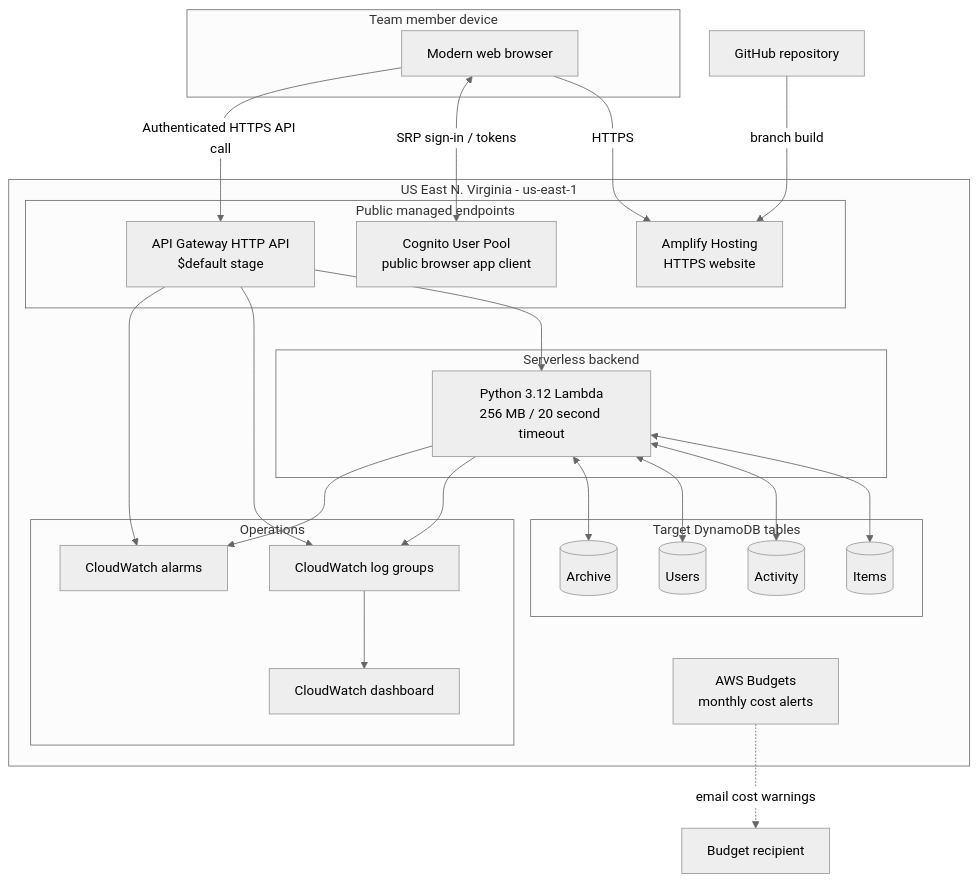
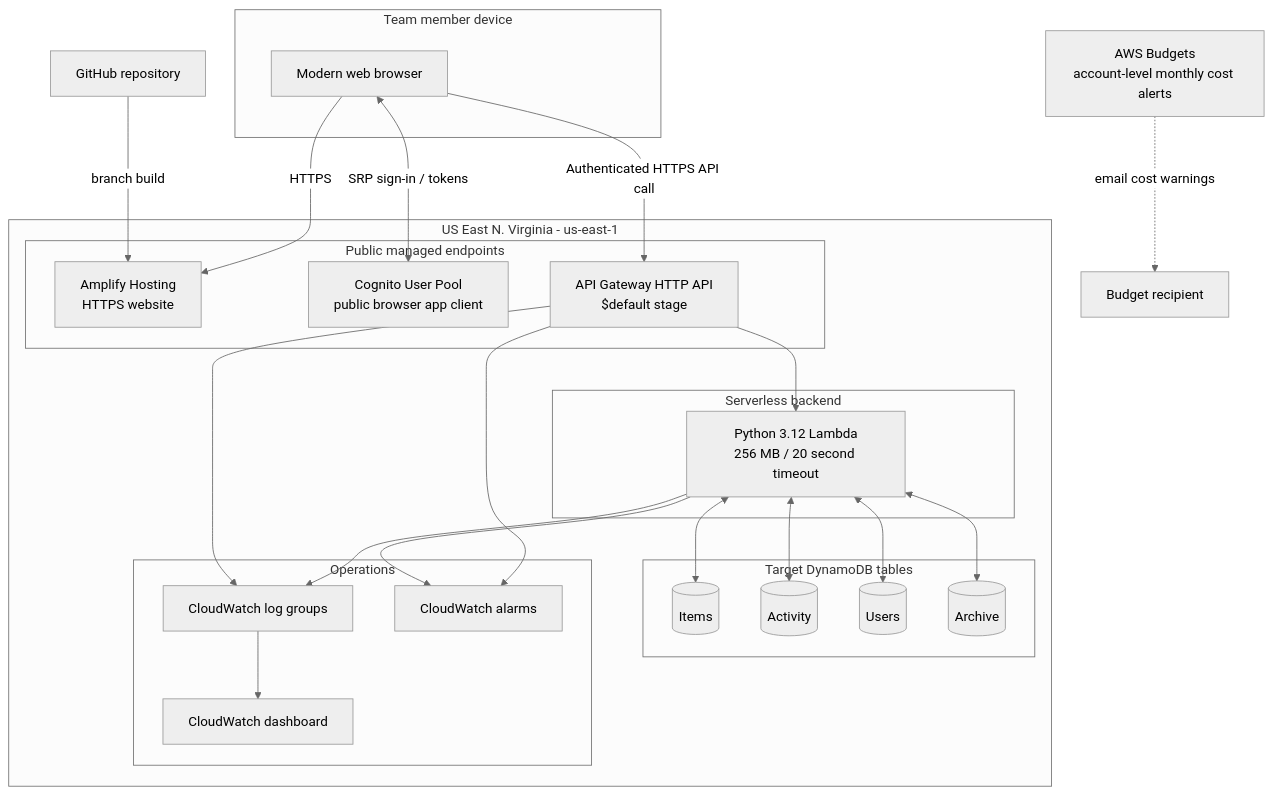
Before and after one commit to retzed/Team_Follow-Up_AWS-Deployment: the third of 13 diagrams in docs/DOCUMENTATION.md, drawn with Mermaid (neutral theme).

Commit message:
Place account-level AWS Budgets outside regional architecture boundary

```diff
--- a/docs/DOCUMENTATION.md
+++ b/docs/DOCUMENTATION.md
@@ -255,46 +255,46 @@
 ~~~mermaid
 flowchart TB
     subgraph UserDevice[Team member device]
         Browser[Modern web browser]
     end
 
     subgraph AWSRegion[US East N. Virginia - us-east-1]
         subgraph PublicEntry[Public managed endpoints]
             Hosting[Amplify Hosting<br/>HTTPS website]
             Pool[Cognito User Pool<br/>public browser app client]
             HttpApi[API Gateway HTTP API<br/>$default stage]
         end
         subgraph Compute[Serverless backend]
             Function[Python 3.12 Lambda<br/>256 MB / 20 second timeout]
         end
         subgraph Storage[Target DynamoDB tables]
             T1[(Items)]
             T2[(Activity)]
             T3[(Users)]
             T4[(Archive)]
         end
         subgraph Observability[Operations]
             Logs[CloudWatch log groups]
             Dashboard[CloudWatch dashboard]
             Alarms[CloudWatch alarms]
         end
-        Budget[AWS Budgets<br/>monthly cost alerts]
     end
+    Budget[AWS Budgets<br/>account-level monthly cost alerts]
     GitHub[GitHub repository]
 
     GitHub -->|branch build| Hosting
     Browser -->|HTTPS| Hosting
     Browser <-->|SRP sign-in / tokens| Pool
     Browser -->|Authenticated HTTPS API call| HttpApi
     HttpApi --> Function
     Function <--> T1
     Function <--> T2
     Function <--> T3
     Function <--> T4
     HttpApi --> Logs
     Function --> Logs
     Logs --> Dashboard
     Function --> Alarms
     HttpApi --> Alarms
     Budget -.->|email cost warnings| Operator[Budget recipient]
 ~~~
```
